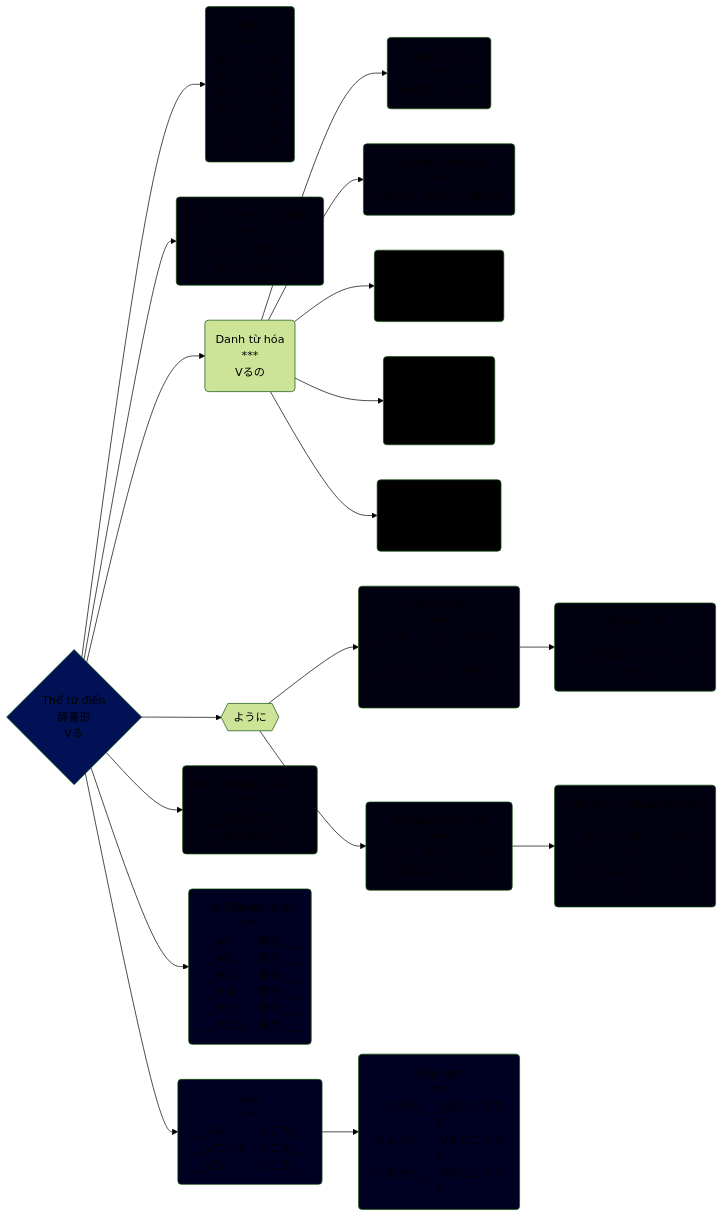
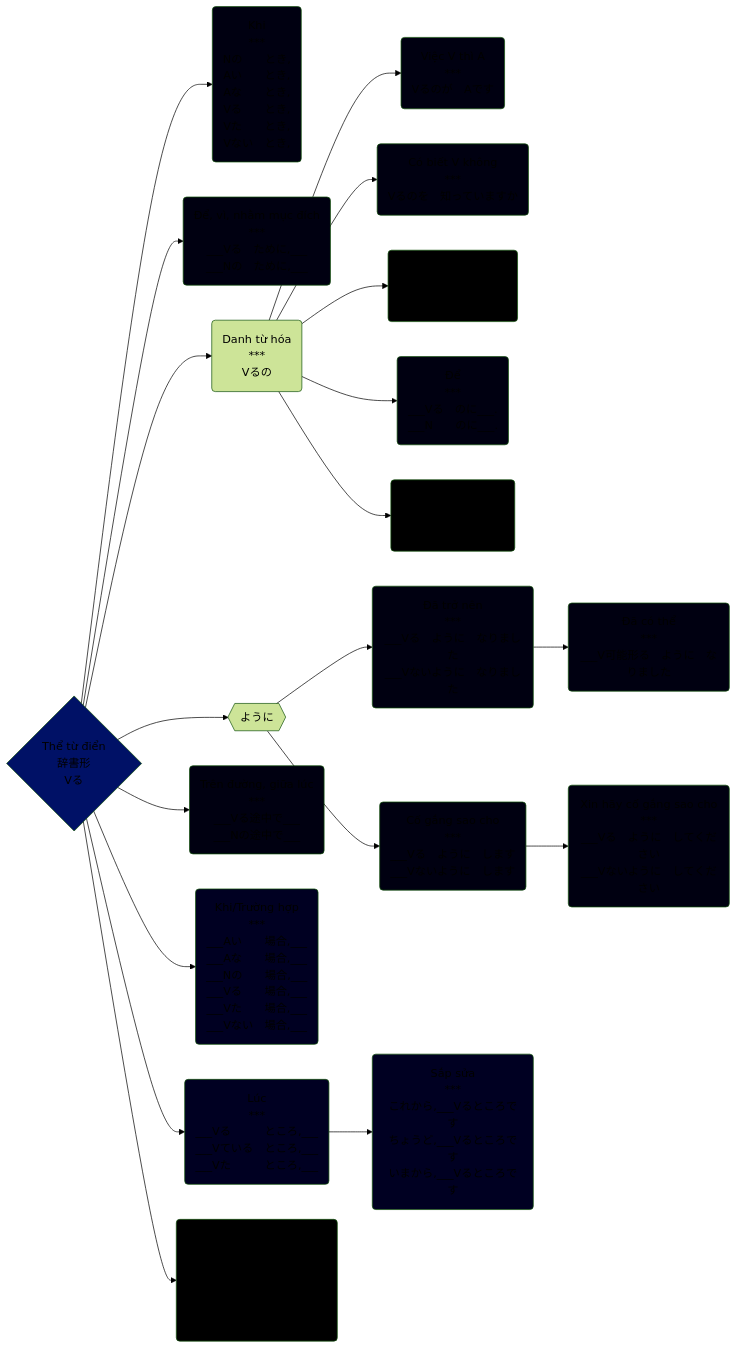
One commit to tea1504/learn changed the diagram in The/辞書形.md. Above: the diagram before and after it, drawn with Mermaid (forest theme). The commit also changed 3 other files, not shown here.

````diff
--- a/The/辞書形.md
+++ b/The/辞書形.md
@@ -2,39 +2,41 @@
 ```mermaid
 graph LR;
     V{Thể từ điển\n辞書形\nVる}
 
     V-->khi(Khi\n***\nNの　　とき,\nAい　　とき,\nAな　　とき,\nVる　　とき,\nVた　　とき,\nVない　とき,)
     V-->nhamMucDich(Để, vì, nhằm mục đích\n***\n___Vる　ために,___\n___Nの　ために,___)
     V-->danhTuHoa(Danh từ hóa\n***\nVるの)
     danhTuHoa-->viecVthiAGa(Việc V thì A\n***\nVるのが　Aです)
     danhTuHoa-->coBietVKhong(Có biết V không\n***\nVるのを　知っていますか)
     danhTuHoa-->daQuenV(Đã quên V\n***\nVるのを　忘れました)
     danhTuHoa-->de(Để\n***\n___Vる　のに___.\n___N　　のに___.)
     danhTuHoa-->viecVThiAHa(Việc V thì A\n***\n___Vるのは　Aです.)
     V-->youni{{ように}}
     youni-->daTroNen(Đã trở nên\n***\n___Vる　ように　なりました\n___Vないように　なりました)
     daTroNen-->daCoThe(Đã có thể\n***\n___V可能形る　ように　なりました)
     V-->trenDuongGiuaLuc(Trên đường, giữa lúc\n***\n___Vる途中で___\n___Nの途中で___)
     youni-->coGangSaoCho(Cố gắng sao cho\n***\n___Vる　ように　します\n___Vないように　します)
     coGangSaoCho-->xinHayCoGangSaoCho(Xin hãy cố gắng sao cho\n***\n___Vる　ように　してください\n___Vないように　してください)
     V-->truongHop(Khi/Trường hợp\n***\n___Aい　　場合,___\n___Aな　　場合,___\n___Nの　　場合,___\n___Vる　　場合,___\n___Vた　　場合,___\n___Vない　場合,___)
     V-->luc(Lúc\n***\n___Vる　　　ところ,___\n___Vている　ところ,___\n___Vた　　　ところ,___)
     luc-->sapSua(Sắp sửa\n***\nこれから,___Vるところです\nちょうど,___Vるところです\nいまから,___Vるところです)
+    V-->dinh(Định\n***\n___は　Nを　　Vるつもりです.\n___は　Nを　Vないつもりです.)
 
-    style V fill:#015
+    style V fill:#016
     style coBietVKhong fill:#001
     style coGangSaoCho fill:#001
     style daCoThe fill:#001
     style daQuenV fill:#000
     style daTroNen fill:#001
-    style de fill:#000
+    style de fill:#001
+    style dinh fill:#000
     style khi fill:#001
     style luc fill:#002
     style nhamMucDich fill:#001
     style sapSua fill:#002
     style trenDuongGiuaLuc fill:#001
     style truongHop fill:#002
     style viecVthiAGa fill:#001
     style viecVThiAHa fill:#000
     style xinHayCoGangSaoCho fill:#001
 ```
````
